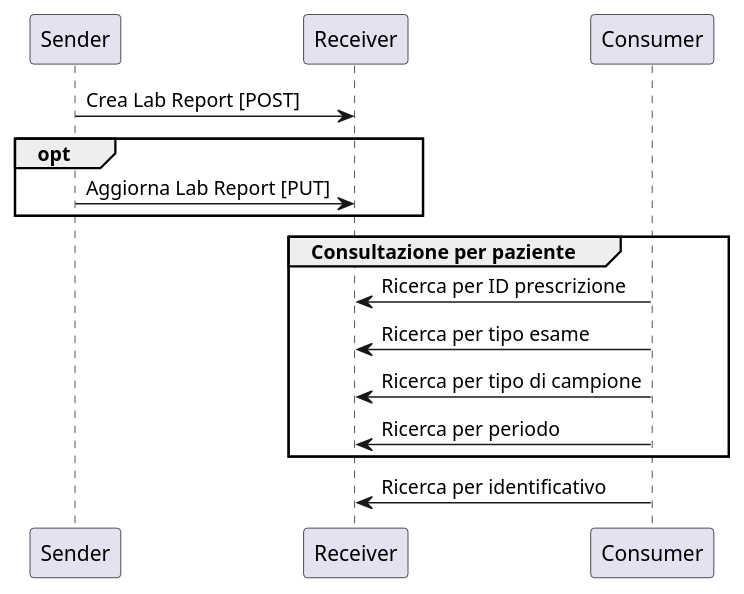
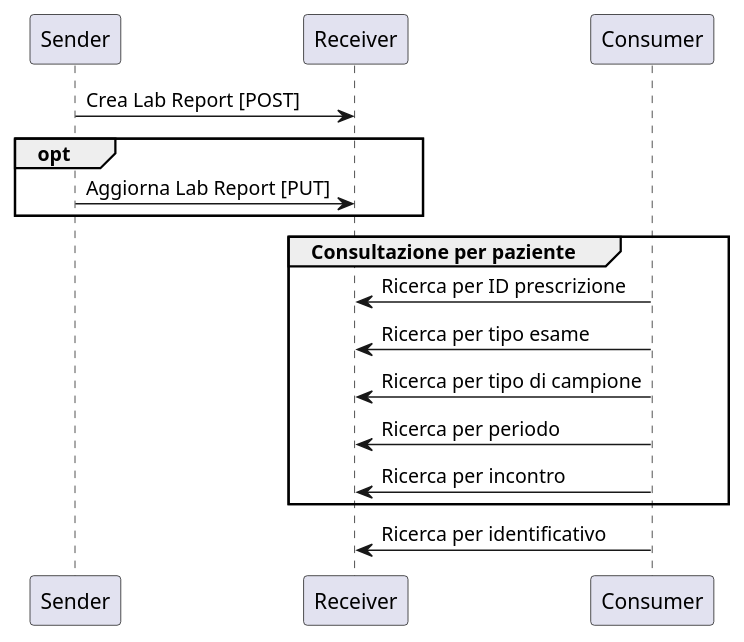
Before and after one commit to hl7-it/lab-report: the diagram in input/images-source/creation.plantuml, drawn with PlantUML. The commit also changed 18 other files, not shown here.

```diff
--- a/input/images-source/creation.plantuml
+++ b/input/images-source/creation.plantuml
@@ -1,13 +1,14 @@
 @startuml
 Sender -> Receiver: Crea Lab Report [POST]
 opt
    Sender -> Receiver:  Aggiorna Lab Report [PUT]
 end
 group Consultazione per paziente
    Consumer -> Receiver: Ricerca per ID prescrizione
    Consumer -> Receiver: Ricerca per tipo esame
    Consumer -> Receiver: Ricerca per tipo di campione
    Consumer -> Receiver: Ricerca per periodo
+   Consumer -> Receiver: Ricerca per incontro
 end
 Consumer -> Receiver: Ricerca per identificativo 
 @enduml
```
